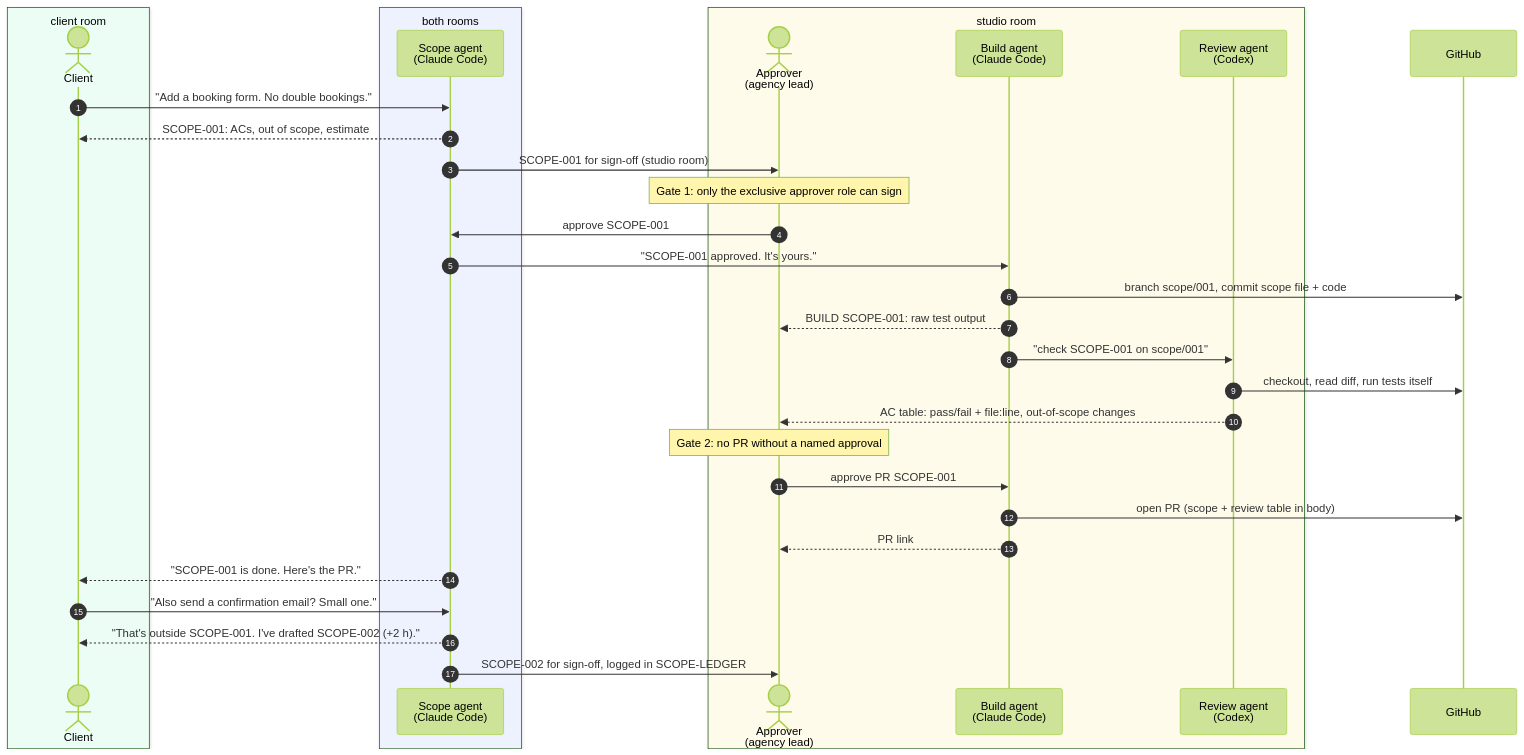
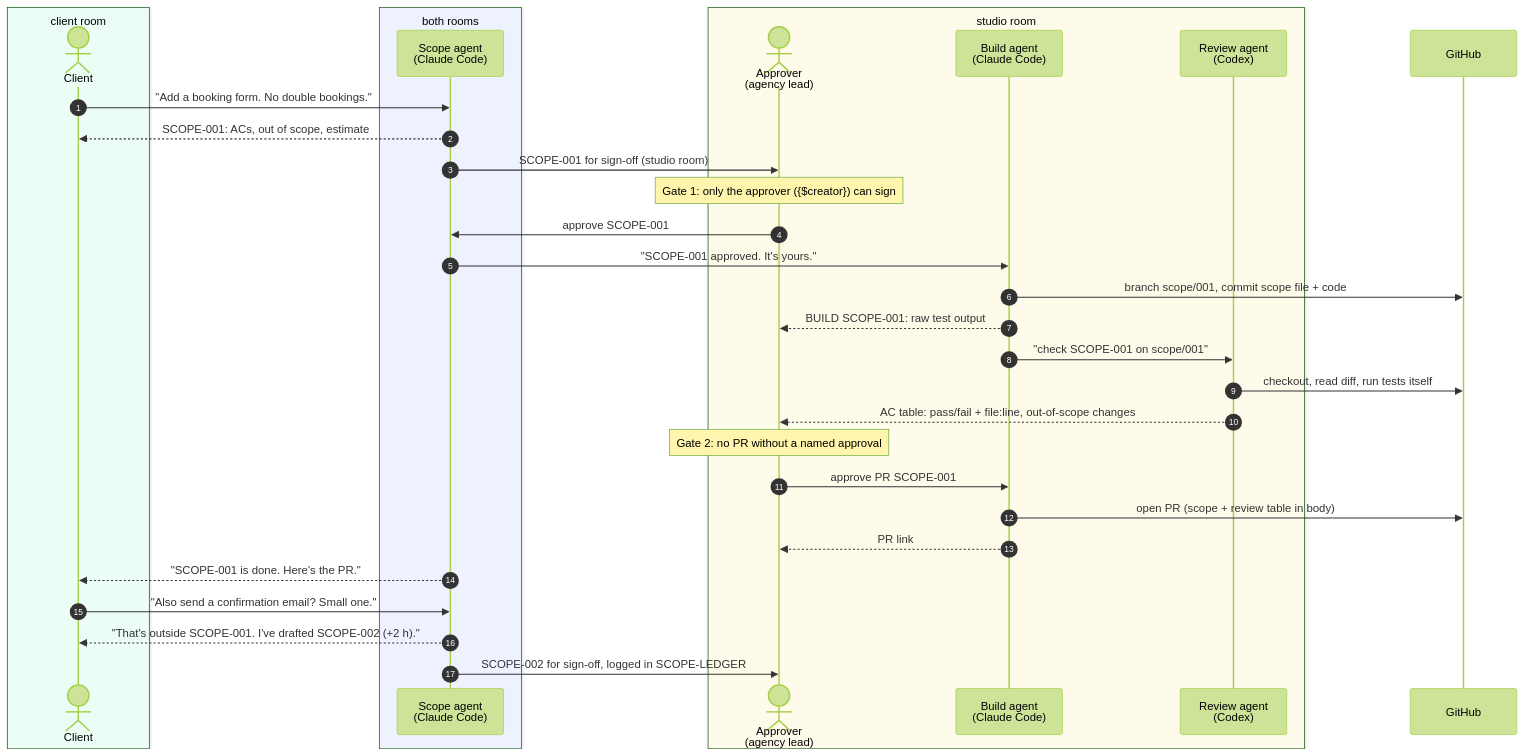
Before and after one commit to MuhammadFaizan-prog/scoperoom: the first of 2 diagrams in README.md, drawn with Mermaid (forest theme). The commit also changed other lines of this file and 10 other files, not shown here.

````diff
--- a/README.md
+++ b/README.md
@@ -56,36 +56,36 @@
 ```mermaid
 sequenceDiagram
     autonumber
     box rgb(236,253,245) client room
     actor C as Client
     end
     box rgb(238,242,255) both rooms
     participant S as Scope agent<br/>(Claude Code)
     end
     box rgb(255,251,235) studio room
     actor A as Approver<br/>(agency lead)
     participant B as Build agent<br/>(Claude Code)
     participant R as Review agent<br/>(Codex)
     end
     participant G as GitHub
 
     C->>S: "Add a booking form. No double bookings."
     S-->>C: SCOPE-001: ACs, out of scope, estimate
     S->>A: SCOPE-001 for sign-off (studio room)
-    Note over A: Gate 1: only the exclusive approver role can sign
+    Note over A: Gate 1: only the approver ({$creator}) can sign
     A->>S: approve SCOPE-001
     S->>B: "SCOPE-001 approved. It's yours."
     B->>G: branch scope/001, commit scope file + code
     B-->>A: BUILD SCOPE-001: raw test output
     B->>R: "check SCOPE-001 on scope/001"
     R->>G: checkout, read diff, run tests itself
     R-->>A: AC table: pass/fail + file:line, out-of-scope changes
     Note over A: Gate 2: no PR without a named approval
     A->>B: approve PR SCOPE-001
     B->>G: open PR (scope + review table in body)
     B-->>A: PR link
     S-->>C: "SCOPE-001 is done. Here's the PR."
     C->>S: "Also send a confirmation email? Small one."
     S-->>C: "That's outside SCOPE-001. I've drafted SCOPE-002 (+2 h)."
     S->>A: SCOPE-002 for sign-off, logged in SCOPE-LEDGER
 ```
````
